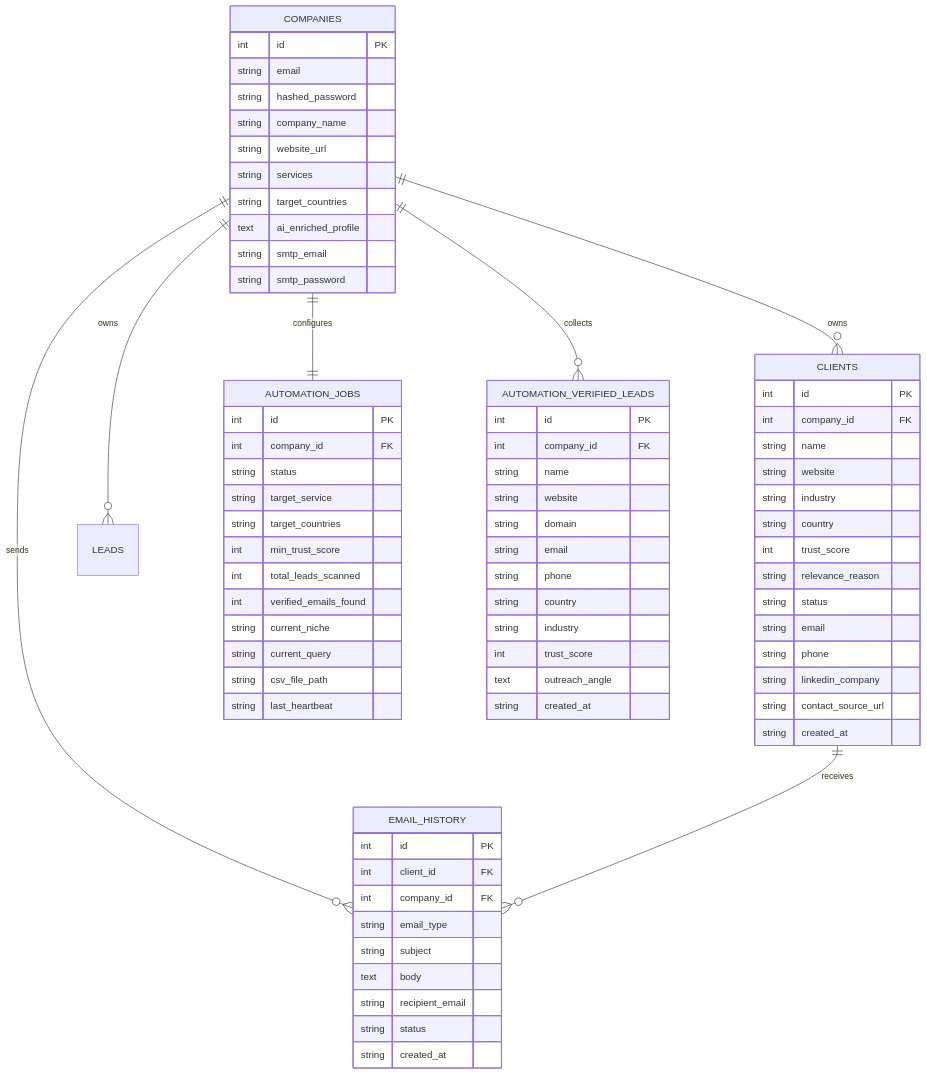
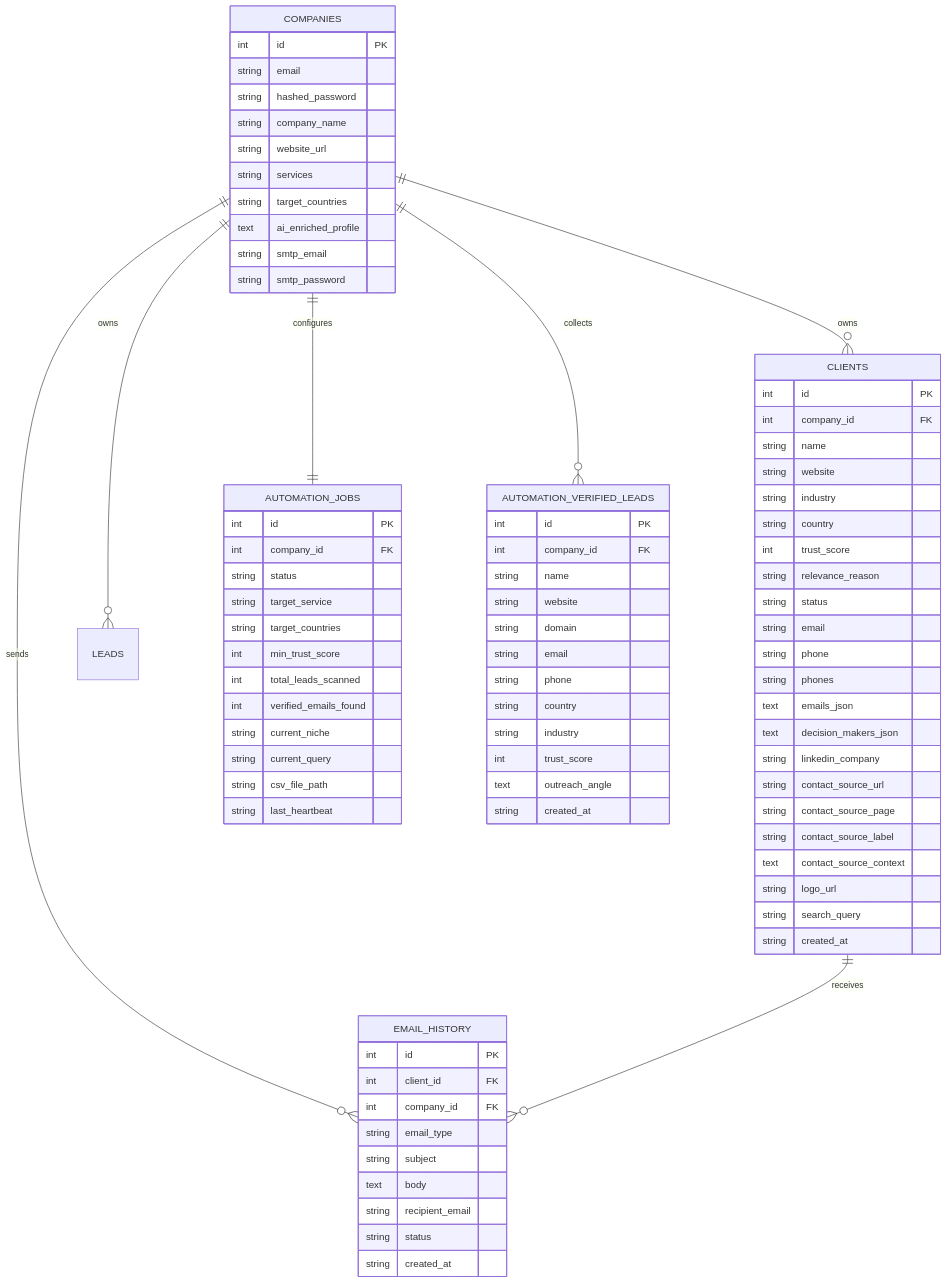
Before and after one commit to devvahmed/Lead-ai: the diagram in README.md, drawn with Mermaid. The commit also changed other lines of this file and 40 other files, not shown here.

```diff
--- a/README.md
+++ b/README.md
@@ -453,8 +611,16 @@
         string status
         string email
         string phone
+        string phones
+        text emails_json
+        text decision_makers_json
         string linkedin_company
         string contact_source_url
+        string contact_source_page
+        string contact_source_label
+        text contact_source_context
+        string logo_url
+        string search_query
         string created_at
     }
 
```
